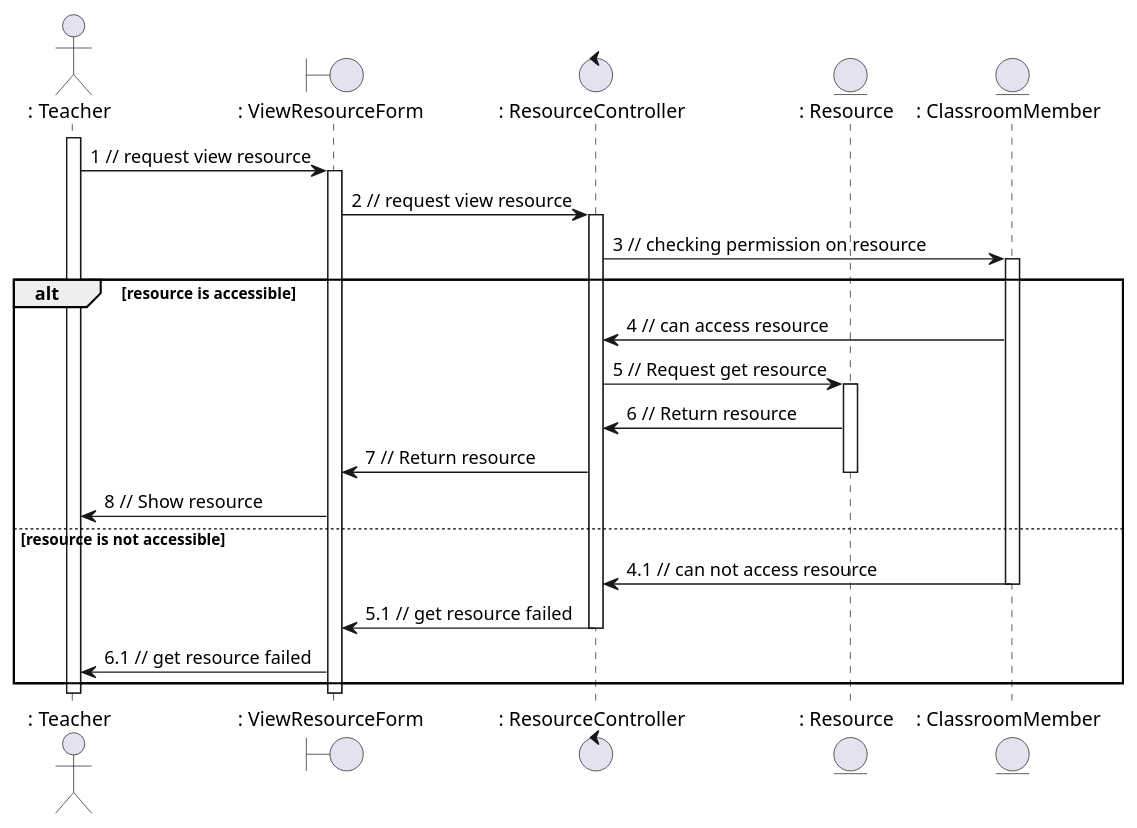
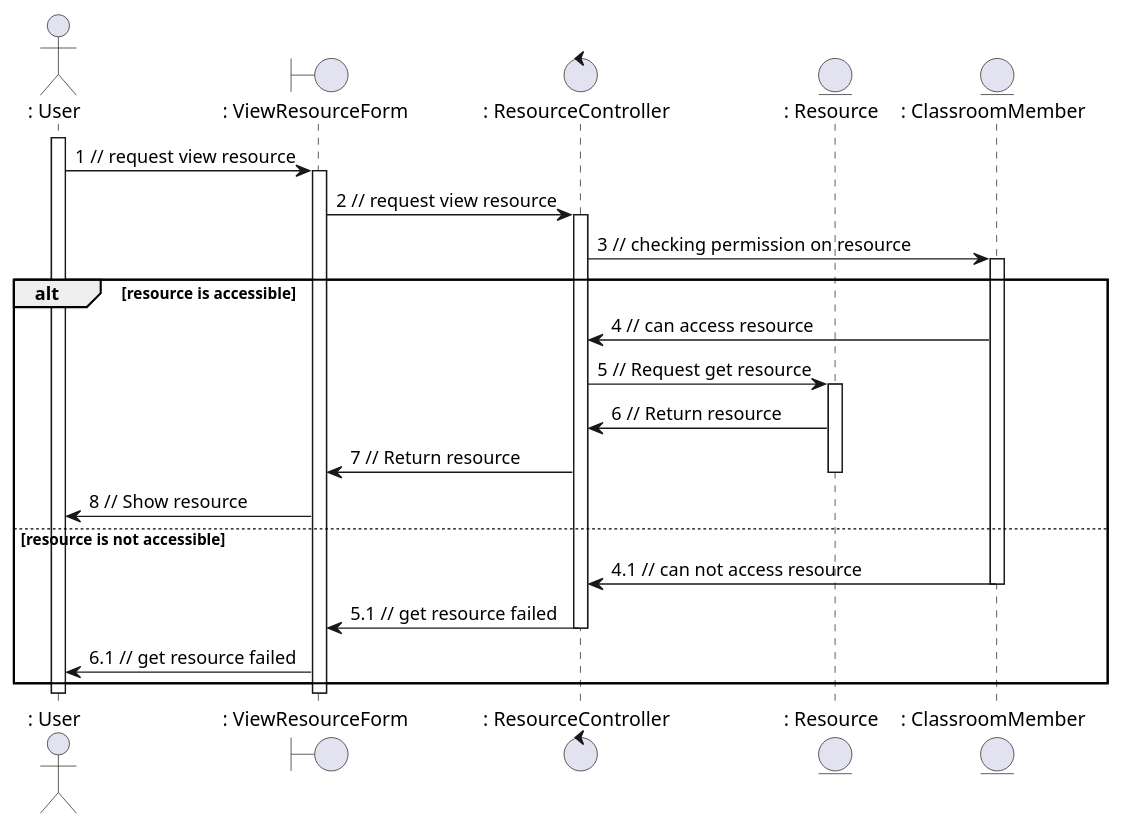
Before and after one commit to anonyhostvn/OOAD-Diagram: the diagram in sequence - analaysis/resource/viewResource.plantuml, drawn with PlantUML. The commit also changed 3 other files, not shown here.

Commit message:
done resource - sequence / design

```diff
--- a/sequence - analaysis/resource/viewResource.plantuml
+++ b/sequence - analaysis/resource/viewResource.plantuml
@@ -1,37 +1,37 @@
 @startuml viewResource
 
-actor ": Teacher"
+actor ": User"
 boundary ": ViewResourceForm"
 control ": ResourceController"
 entity ": Resource"
 entity ": ClassroomMember"
 
-activate ": Teacher"
+activate ": User"
 
-": Teacher" -> ": ViewResourceForm": 1 // request view resource 
+": User" -> ": ViewResourceForm": 1 // request view resource 
 activate ": ViewResourceForm"
 ": ViewResourceForm" -> ": ResourceController": 2 // request view resource
 activate ": ResourceController"
 ": ResourceController" -> ": ClassroomMember": 3 // checking permission on resource
 activate ": ClassroomMember"
 alt resource is accessible
     ": ClassroomMember" -> ": ResourceController": 4 // can access resource
     ": ResourceController" -> ": Resource": 5 // Request get resource
     activate ": Resource"
     ": Resource" -> ": ResourceController": 6 // Return resource
     ": ResourceController" -> ": ViewResourceForm": 7 // Return resource
     deactivate ": Resource"
-    ": ViewResourceForm" -> ": Teacher": 8 // Show resource
+    ": ViewResourceForm" -> ": User": 8 // Show resource
 else resource is not accessible
     ": ClassroomMember" -> ": ResourceController": 4.1 // can not access resource
     deactivate ": ClassroomMember"
     ": ResourceController" -> ": ViewResourceForm": 5.1 // get resource failed
     deactivate ": ResourceController"
-    ": ViewResourceForm" -> ": Teacher": 6.1 // get resource failed
+    ": ViewResourceForm" -> ": User": 6.1 // get resource failed
 end
 
-deactivate ": Teacher"
+deactivate ": User"
 deactivate ": ViewResourceForm"
 
 
 @enduml
```
